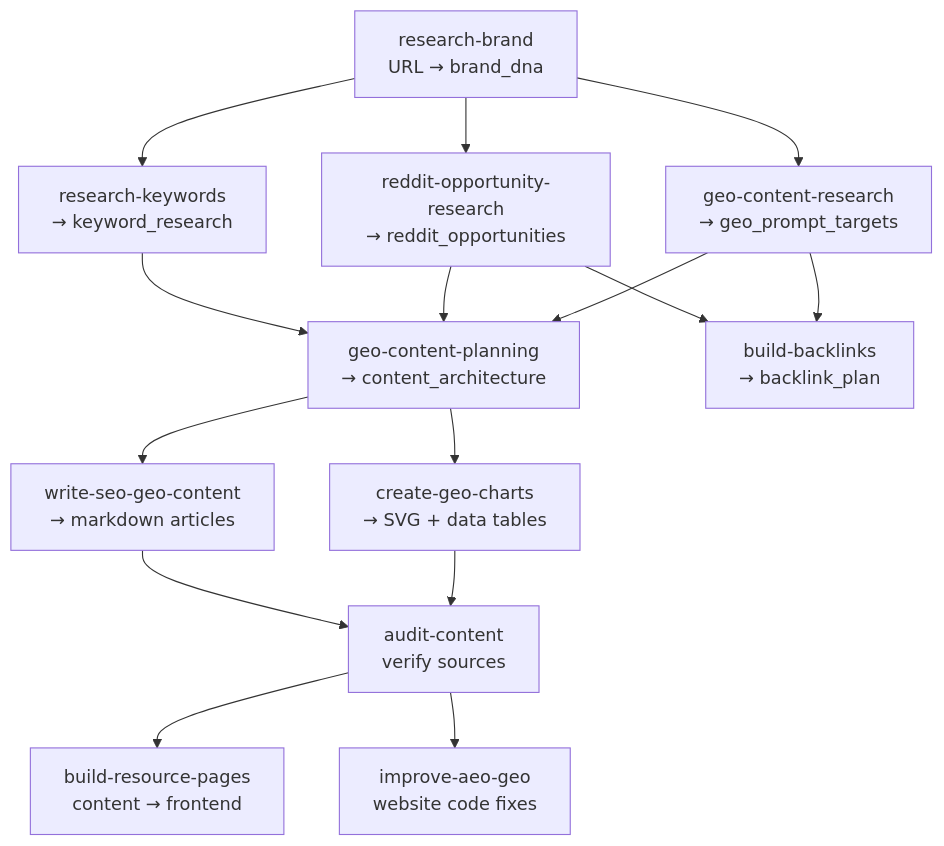
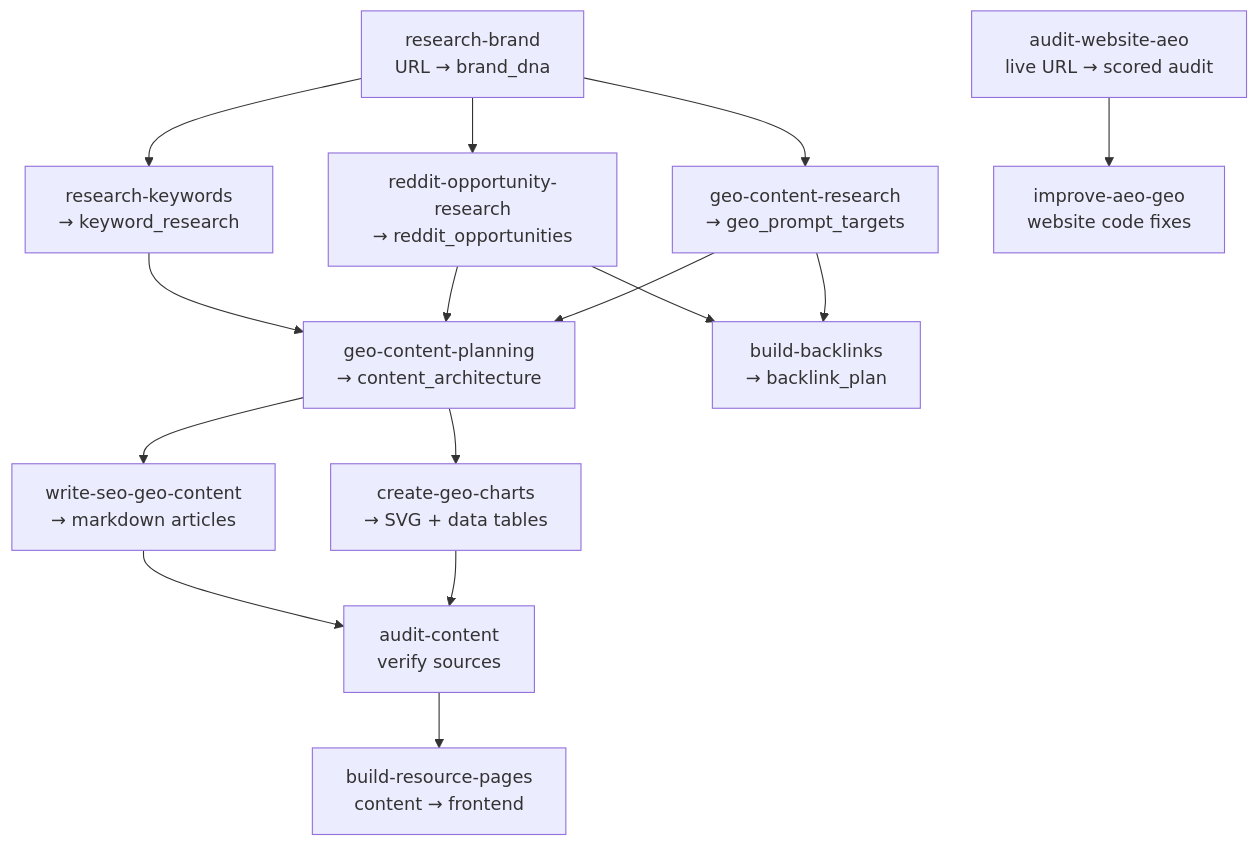
One commit to onvoyage-ai/gtm-engineer-skills changed the diagram in README.md. Above: the diagram before and after it, drawn with Mermaid. The commit also changed other lines of this file and 7 other files, not shown here.

First line of the commit message:
Add audit-website-aeo skill

````diff
--- a/README.md
+++ b/README.md
@@ -11,38 +11,39 @@
 ```mermaid
 flowchart TD
     RB["research-brand<br/>URL → brand_dna"]
 
     RK["research-keywords<br/>→ keyword_research"]
     ROR["reddit-opportunity-research<br/>→ reddit_opportunities"]
     GCR["geo-content-research<br/>→ geo_prompt_targets"]
 
     GCP["geo-content-planning<br/>→ content_architecture"]
     BB["build-backlinks<br/>→ backlink_plan"]
 
     WSGC["write-seo-geo-content<br/>→ markdown articles"]
     CGC["create-geo-charts<br/>→ SVG + data tables"]
 
     AC["audit-content<br/>verify sources"]
 
     BRP["build-resource-pages<br/>content → frontend"]
+    AWA["audit-website-aeo<br/>live URL → scored audit"]
     IAG["improve-aeo-geo<br/>website code fixes"]
 
     RB --> RK
     RB --> ROR
     RB --> GCR
 
     RK --> GCP
     ROR --> GCP
     GCR --> GCP
     ROR --> BB
     GCR --> BB
 
     GCP --> WSGC
     GCP --> CGC
 
     WSGC --> AC
     CGC --> AC
 
     AC --> BRP
-    AC --> IAG
+    AWA --> IAG
 ```
````
